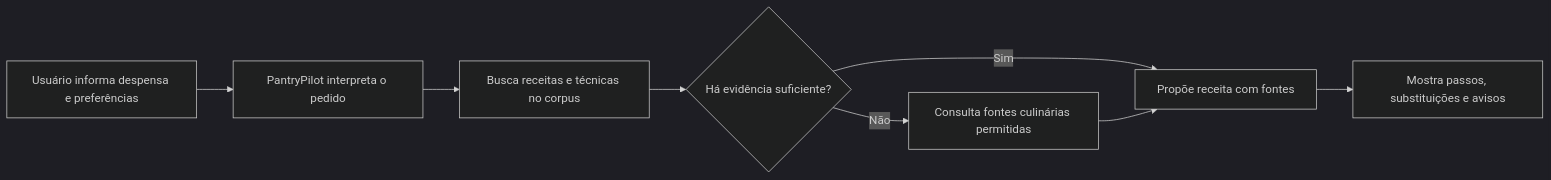
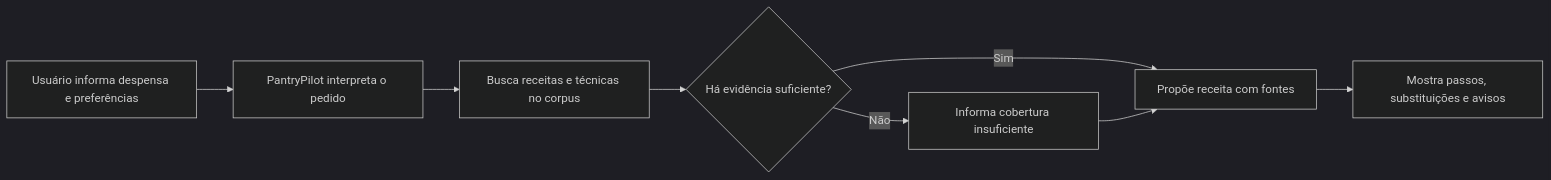
One commit to MarceloSoiber/PantryPilot changed the diagram in docs/PROJECT_MAP.md. Above: the diagram before and after it, drawn with Mermaid (dark theme). The commit also changed other lines of this file and 12 other files, not shown here.

````diff
--- a/docs/PROJECT_MAP.md
+++ b/docs/PROJECT_MAP.md
@@ -70,10 +70,10 @@
 ```mermaid
 flowchart LR
     U[Usuário informa despensa e preferências] --> Q[PantryPilot interpreta o pedido]
     Q --> R[Busca receitas e técnicas no corpus]
     R --> C{Há evidência suficiente?}
     C -- Sim --> A[Propõe receita com fontes]
-    C -- Não --> W[Consulta fontes culinárias permitidas]
+    C -- Não --> W[Informa cobertura insuficiente]
     W --> A
     A --> S[Mostra passos, substituições e avisos]
 ```
````
